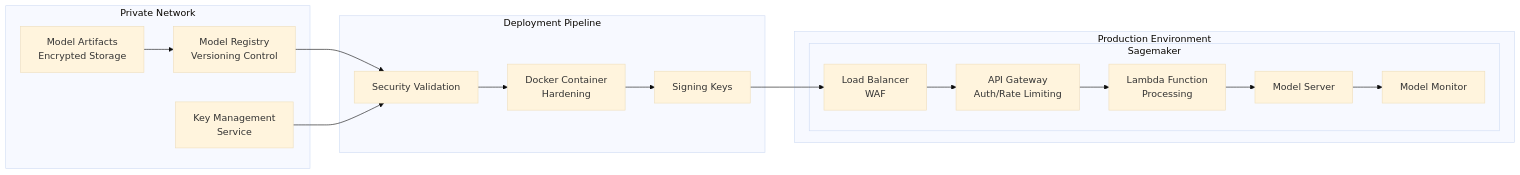
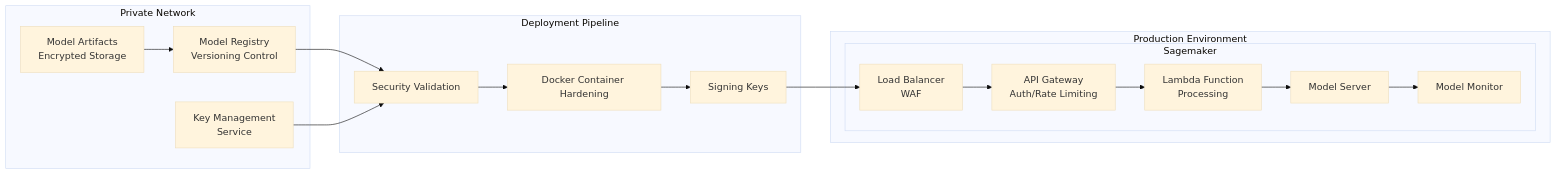
The first of 4 diagrams in ai-security/ai-security.md (dochristy/triton-test), drawn with Mermaid (base theme) before and after one commit. The commit also changed other lines of this file, not shown here.

````diff
--- a/ai-security/ai-security.md
+++ b/ai-security/ai-security.md
@@ -20,40 +20,43 @@
    ```mermaid
     flowchart LR
         subgraph Private Network
-            MA[Model Artifacts\nEncrypted Storage]
-            MR[Model Registry\nVersioning Control]
-            KC[Key Management\nService]
+            MA[Model Artifacts
+               Encrypted Storage]
+            MR[Model Registry
+               Versioning Control]
+            KC[Key Management
+               Service]
         end
 
     subgraph Deployment Pipeline
         SV[Security Validation]
-        DC[Docker Container\nHardening]
+        DC[Docker Container Hardening]
         SK[Signing Keys]
     end
 
     subgraph Production Environment
     subgraph Sagemaker
         LB[Load Balancer
             WAF]
         API[API Gateway
             Auth/Rate Limiting]
         Lambda[Lambda Function
                Processing]
         MS[Model Server]
         MT[Model Monitor]
     end
     end
 
     MA --> MR
     MR --> SV
     KC --> SV
     SV --> DC
     DC --> SK
     SK --> LB
     LB --> API
     API --> Lambda
     Lambda --> MS
     MS --> MT
 
 
    ```
````
